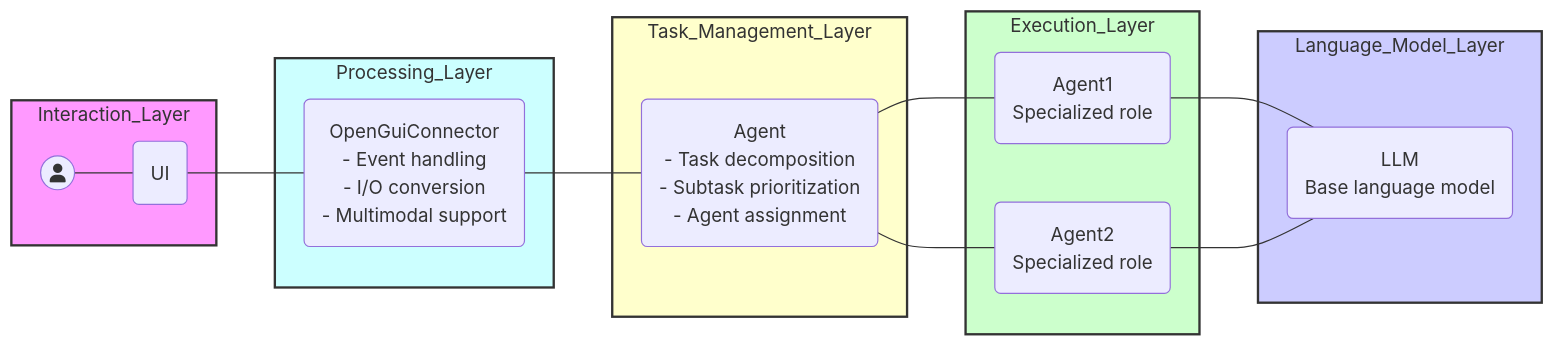
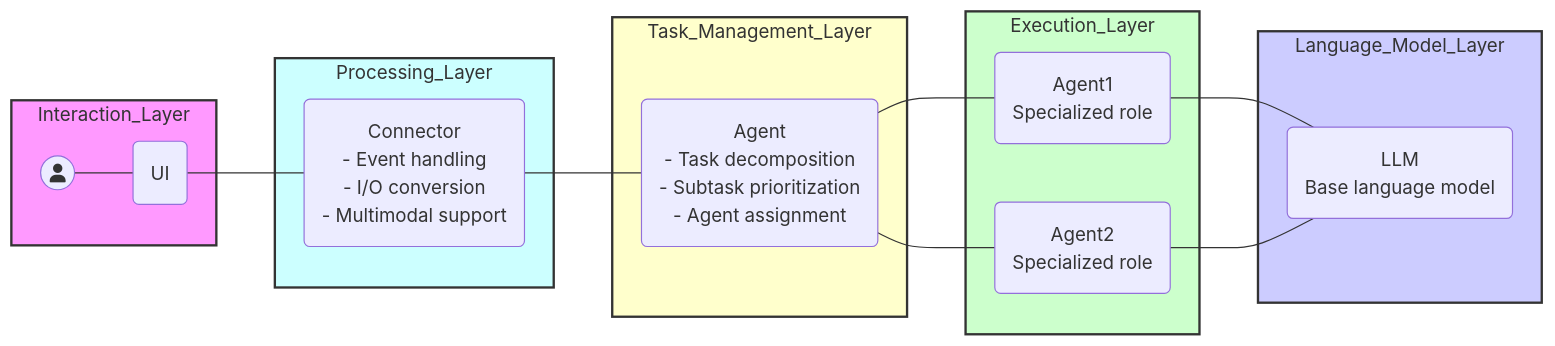
The first of 2 diagrams in README.md (jinno3/GuiAgentLoopCore), drawn with Mermaid before and after one commit. The commit also changed 24 other files, not shown here.

````diff
--- a/README.md
+++ b/README.md
@@ -7,40 +7,40 @@
 ```mermaid
 graph LR
     User((<i class="fas fa-user"></i>))---UI
-    UI --- OpenGuiConnector
-    OpenGuiConnector --- Agent
+    UI --- Connector
+    Connector --- Agent
     Agent --- Agent1
     Agent --- Agent2
     Agent1 --- LLM
     Agent2 --- LLM
 
     subgraph Interaction_Layer
     User((<i class="fas fa-user"></i>))
     UI(UI)
     end
 
     subgraph Processing_Layer
-    OpenGuiConnector(OpenGuiConnector<br>- Event handling<br>- I/O conversion<br>- Multimodal support)
+    Connector(Connector<br>- Event handling<br>- I/O conversion<br>- Multimodal support)
     end
 
     subgraph Task_Management_Layer
     Agent(Agent<br>- Task decomposition<br>- Subtask prioritization<br>- Agent assignment)
     end
 
     subgraph Execution_Layer
     Agent1(Agent1<br>Specialized role)
     Agent2(Agent2<br>Specialized role)
     end
 
     subgraph Language_Model_Layer
     LLM(LLM<br>Base language model)
     end
 
     style Interaction_Layer fill:#f9f,stroke:#333,stroke-width:2px,color:#333
     style Processing_Layer fill:#cff,stroke:#333,stroke-width:2px,color:#333
     style Task_Management_Layer fill:#ffc,stroke:#333,stroke-width:2px,color:#333
     style Execution_Layer fill:#cfc,stroke:#333,stroke-width:2px,color:#333
     style Language_Model_Layer fill:#ccf,stroke:#333,stroke-width:2px,color:#333
 
 
 ```
````
